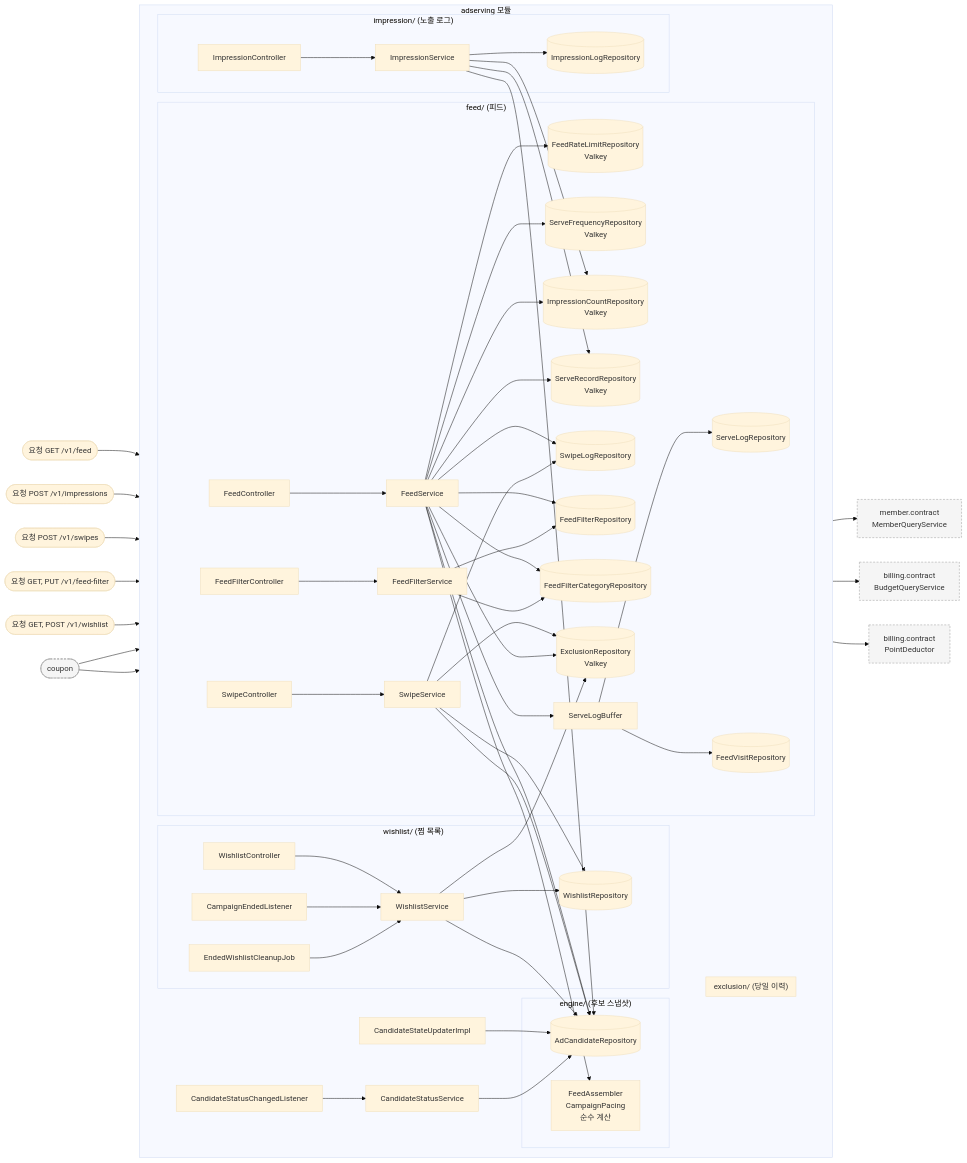
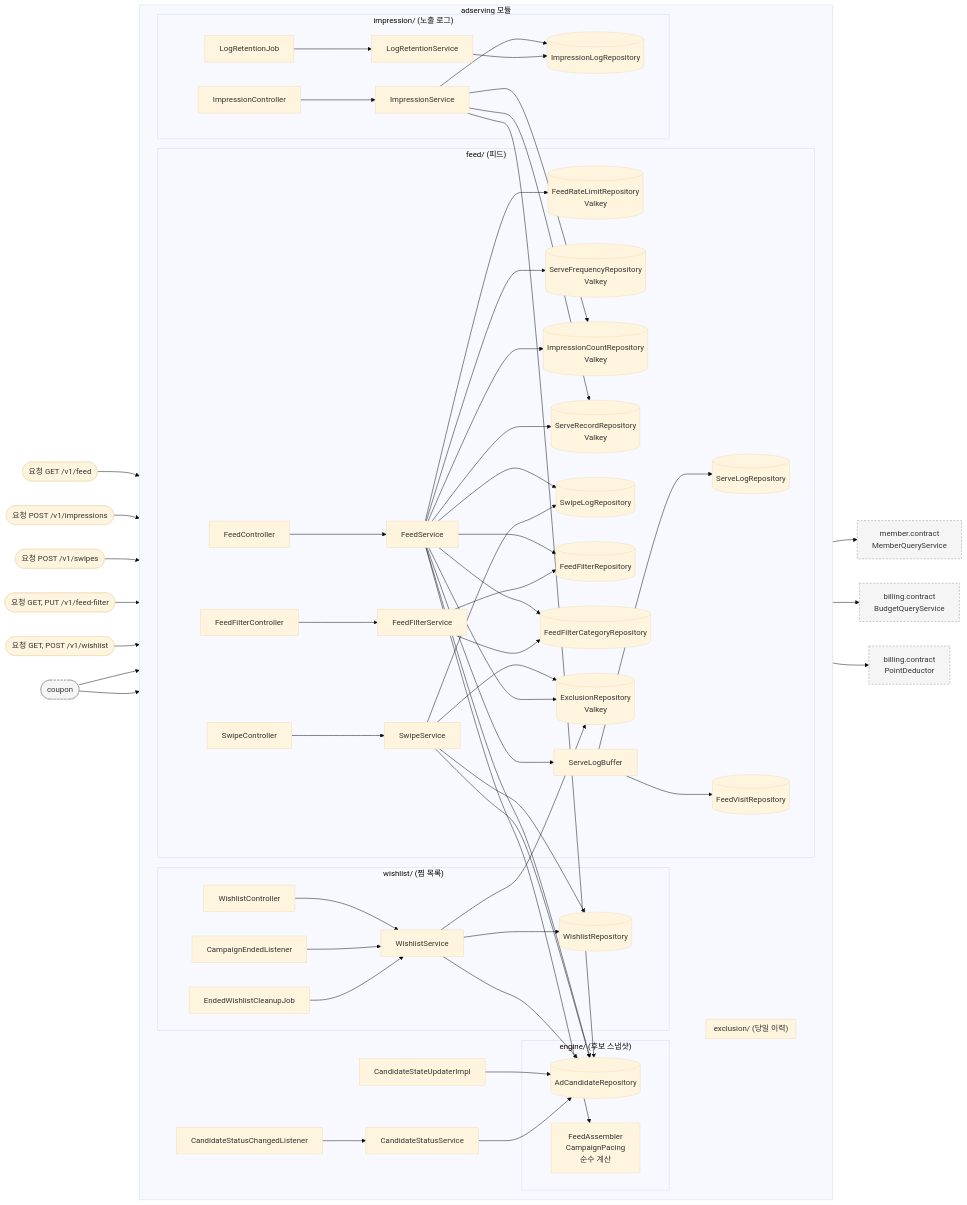
One commit to lunch-catch/lc-backend changed the first of 5 diagrams in docs/design/adserving/adserving_구조와_동작_설계.md. Above: the diagram before and after it, drawn with Mermaid (base theme). The commit also changed other lines of this file and 10 other files, not shown here.

````diff
--- a/docs/design/adserving/adserving_구조와_동작_설계.md
+++ b/docs/design/adserving/adserving_구조와_동작_설계.md
@@ -293,76 +295,77 @@
 ```mermaid
 flowchart LR
     REQ([요청 GET /v1/feed]) --> FC
     REQ2([요청 POST /v1/impressions]) --> IMC
     REQ3([요청 POST /v1/swipes]) --> SWC
     REQ4([요청 GET, PUT /v1/feed-filter]) --> FFCT
     REQ5([요청 GET, POST /v1/wishlist]) --> WC
 
     subgraph adserving["adserving 모듈"]
         direction LR
 
         subgraph feed["feed/ (피드)"]
             FC[FeedController] --> FS[FeedService]
             FS --> RL[("FeedRateLimitRepository<br/>Valkey")]
             FS --> SF[("ServeFrequencyRepository<br/>Valkey")]
             FS --> IC[("ImpressionCountRepository<br/>Valkey")]
             FS --> SR[("ServeRecordRepository<br/>Valkey")]
             FS --> SW[(SwipeLogRepository)]
             FS --> FF[(FeedFilterRepository)]
             FS --> FFC[(FeedFilterCategoryRepository)]
             FFCT[FeedFilterController] --> FFS[FeedFilterService]
             FFS --> FF
             FFS --> FFC
             SWC[SwipeController] --> SWS[SwipeService]
             SWS --> SW
             SWS --> DE
             FS --> SB[ServeLogBuffer]
             SB --> SL[(ServeLogRepository)]
             SB --> FV[(FeedVisitRepository)]
         end
 
         subgraph exclusion["exclusion/ (당일 이력)"]
             DE[("ExclusionRepository<br/>Valkey")]
         end
 
         subgraph engine["engine/ (후보 스냅샷)"]
             AR[(AdCandidateRepository)]
             FA["FeedAssembler<br/>CampaignPacing<br/>순수 계산"]
         end
 
         subgraph wishlist["wishlist/ (찜 목록)"]
             WC[WishlistController] --> WS[WishlistService]
             WL[CampaignEndedListener] --> WS
             WJ[EndedWishlistCleanupJob] --> WS
             WS --> WR[(WishlistRepository)]
         end
 
         CSU[CandidateStateUpdaterImpl] --> AR
         CSL[CandidateStatusChangedListener] --> CSS[CandidateStatusService] --> AR
 
         subgraph impression["impression/ (노출 로그)"]
             IMC[ImpressionController] --> IMS[ImpressionService]
             IMS --> IML[(ImpressionLogRepository)]
+            LRJ[LogRetentionJob] --> LRS[LogRetentionService] --> IML
         end
 
         FS --> AR
         FS --> DE
         FS --> FA
         IMS --> SR
         IMS --> IC
         IMS --> AR
         SWS --> WR
         SWS --> AR
         WS --> AR
         WS --> DE
     end
 
     CP([coupon]) --> WS
     CP --> CSU
     FS --> MQ["member.contract<br/>MemberQueryService"]
     FS --> BQ["billing.contract<br/>BudgetQueryService"]
     IMS --> PD["billing.contract<br/>PointDeductor"]
 
     classDef out fill:#f5f5f5,stroke:#999,stroke-dasharray:4 3
     class MQ,BQ,PD,CP out
 ```
````
